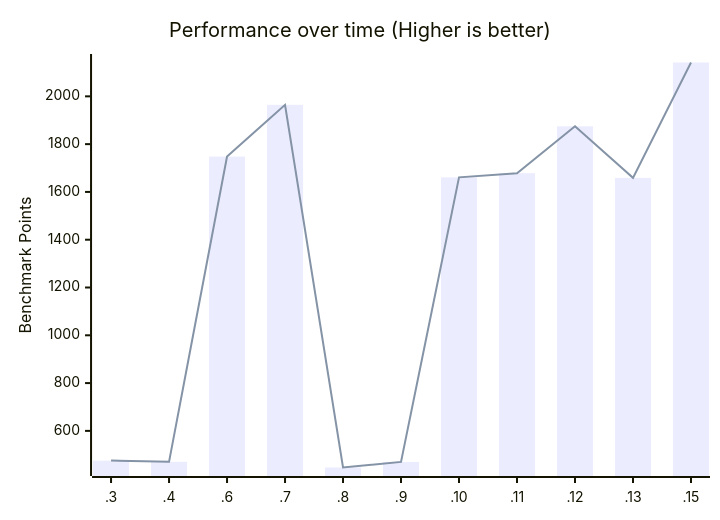
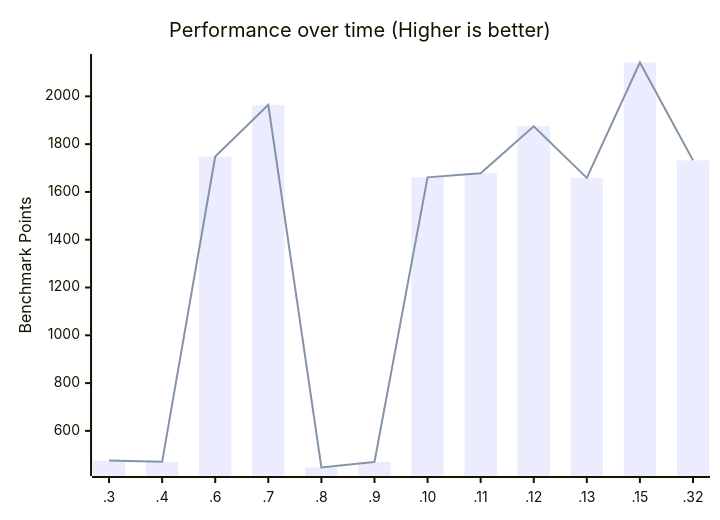
One commit to zen-browser/docs changed the diagram in content/benchmarks.md. Above: the diagram before and after it, drawn with Mermaid. The commit also changed other lines of this file, not shown here.

````diff
--- a/content/benchmarks.md
+++ b/content/benchmarks.md
@@ -52,8 +54,8 @@
 ```mermaid
 xychart-beta
     title "Performance over time (Higher is better)"
-    x-axis [.3, .4, .6, .7, .8, .9, .10, .11, .12, .13, .15]
+    x-axis [.3, .4, .6, .7, .8, .9, .10, .11, .12, .13, .15, .32]
     y-axis "Benchmark Points"
-    bar [475.52, 470.49, 1747.98, 1964.43, 446.74, 470, 1660.89, 1678.49, 1874.49, 1658.87, 2141.63]
-    line [475.52, 470.49, 1747.98, 1964.43, 446.74, 470, 1660.89, 1678.49, 1874.49, 1658.87, 2141.63]
+    bar [475.52, 470.49, 1747.98, 1964.43, 446.74, 470, 1660.89, 1678.49, 1874.49, 1658.87, 2141.63, 1732]
+    line [475.52, 470.49, 1747.98, 1964.43, 446.74, 470, 1660.89, 1678.49, 1874.49, 1658.87, 2141.63, 1732]
 ```
````
